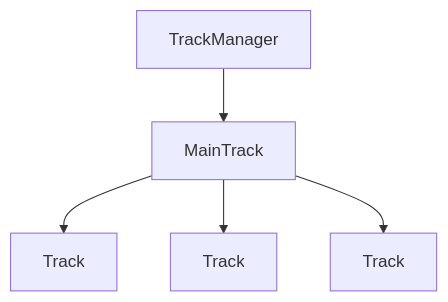
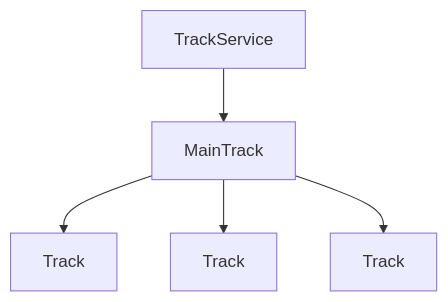
Before and after one commit to aidan-clyens/miniaudioengine: diagram 20 of 29 in docs/DESIGN_DOC.md, drawn with Mermaid. The commit also changed other lines of this file and 9 other files, not shown here.

````diff
--- a/docs/DESIGN_DOC.md
+++ b/docs/DESIGN_DOC.md
@@ -815,8 +791,8 @@
 ```mermaid
 graph TD
 
-    TrackManager --> MainTrack
+    TrackService --> MainTrack
     MainTrack --> Track1["Track"]
     MainTrack --> Track2["Track"]
     MainTrack --> Track3["Track"]
 ```
````
